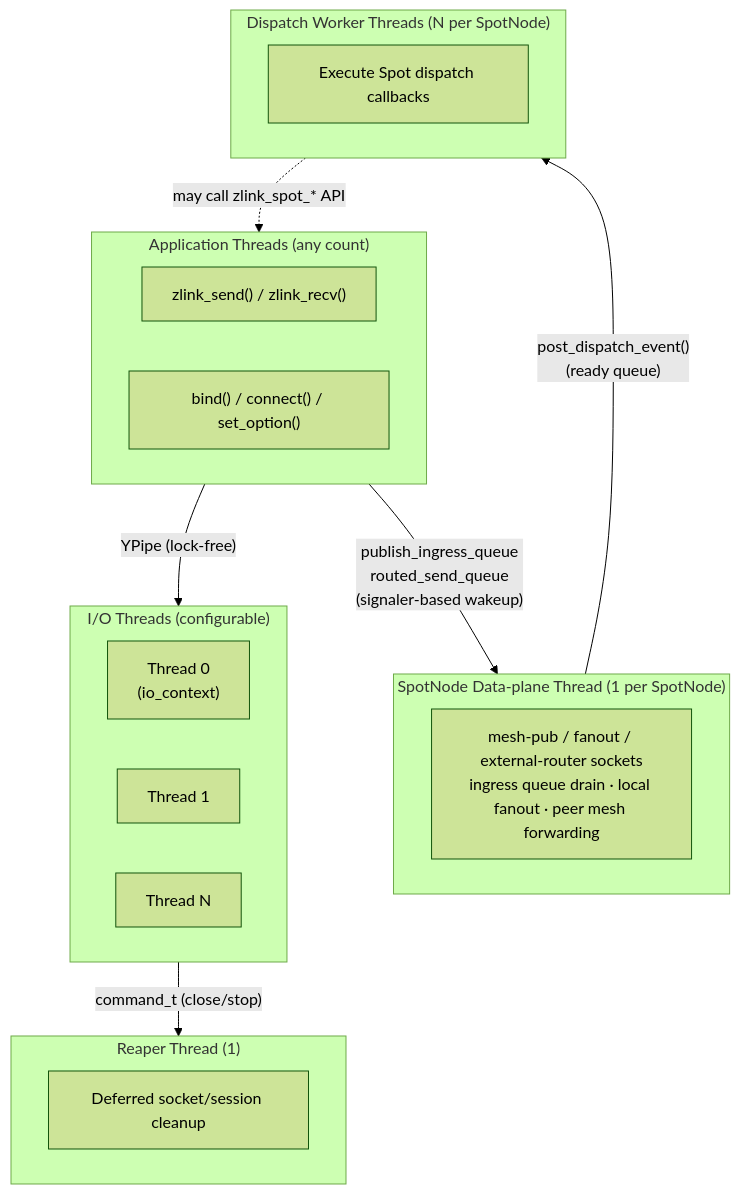
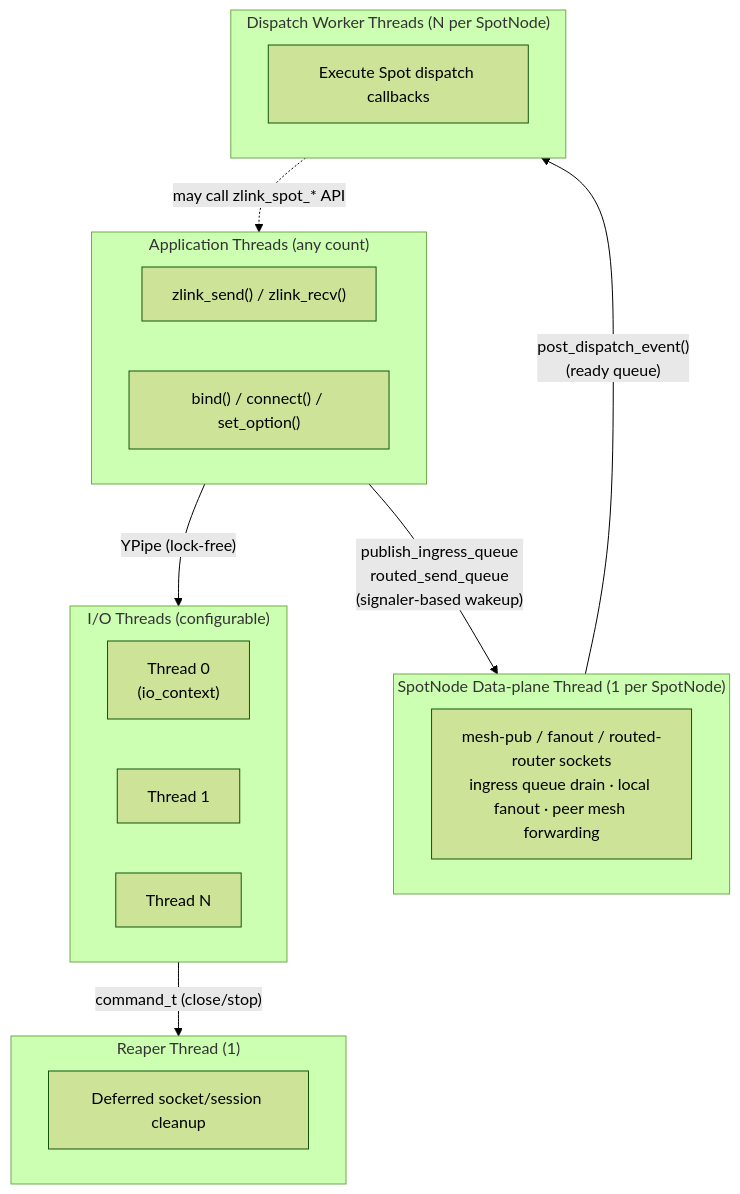
The first of 2 diagrams in core/doc/internals/threading-model.md (kairos-code-dev/zlink), drawn with Mermaid (forest theme) before and after one commit. The commit also changed other lines of this file and 107 other files, not shown here.

````diff
--- a/core/doc/internals/threading-model.md
+++ b/core/doc/internals/threading-model.md
@@ -36,28 +36,28 @@
 ```mermaid
 flowchart TB
     subgraph APP["Application Threads (any count)"]
         direction LR
         A1["zlink_send() / zlink_recv()"]
         A2["bind() / connect() / set_option()"]
     end
     subgraph IO["I/O Threads (configurable)"]
         direction LR
         T0["Thread 0\n(io_context)"]
         T1["Thread 1"]
         TN["Thread N"]
     end
     subgraph REAPER["Reaper Thread (1)"]
         R1["Deferred socket/session cleanup"]
     end
     subgraph SPOT_DATA["SpotNode Data-plane Thread (1 per SpotNode)"]
-        DP["mesh-pub / fanout / external-router sockets\ningress queue drain · local fanout · peer mesh forwarding"]
+        DP["mesh-pub / fanout / routed-router sockets\ningress queue drain · local fanout · peer mesh forwarding"]
     end
     subgraph SPOT_WORKERS["Dispatch Worker Threads (N per SpotNode)"]
         W1["Execute Spot dispatch callbacks"]
     end
     APP -- "YPipe (lock-free)" --> IO
     IO -- "command_t (close/stop)" --> REAPER
     APP -- "publish_ingress_queue\nrouted_send_queue\n(signaler-based wakeup)" --> SPOT_DATA
     SPOT_DATA -- "post_dispatch_event()\n(ready queue)" --> SPOT_WORKERS
     SPOT_WORKERS -. "may call zlink_spot_* API" .-> APP
 ```
````
